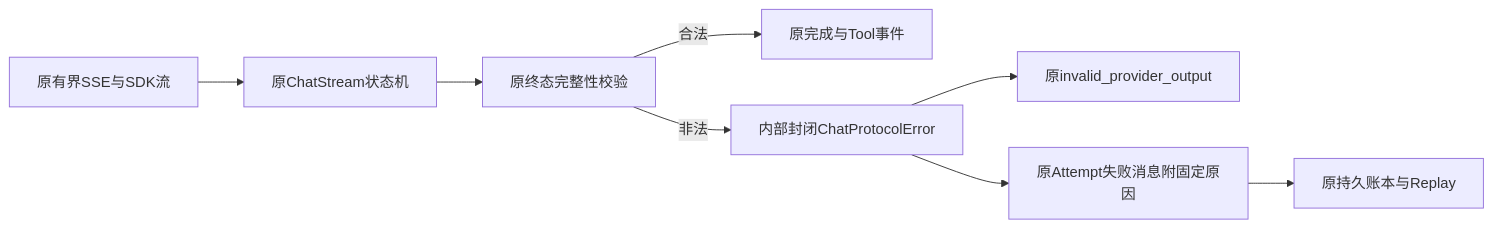
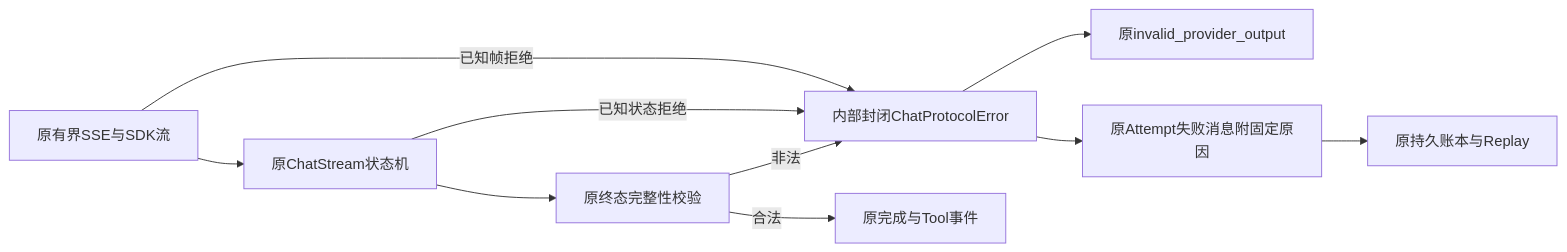
One commit to carrie1988/Harnessix changed the first of 3 diagrams in docs/changes/m09-r3-chat-terminal-diagnostics.md. Above: the diagram before and after it, drawn with Mermaid. The commit also changed other lines of this file and 6 other files, not shown here.

````diff
--- a/docs/changes/m09-r3-chat-terminal-diagnostics.md
+++ b/docs/changes/m09-r3-chat-terminal-diagnostics.md
@@ -42,10 +58,12 @@
 ```mermaid
 flowchart LR
     Stream[原有界SSE与SDK流] --> State[原ChatStream状态机]
+    Stream -->|已知帧拒绝| Reason[内部封闭ChatProtocolError]
+    State -->|已知状态拒绝| Reason
     State --> Terminal[原终态完整性校验]
     Terminal -->|合法| Complete[原完成与Tool事件]
-    Terminal -->|非法| Reason[内部封闭ChatProtocolError]
+    Terminal -->|非法| Reason
     Reason --> Failure[原invalid_provider_output]
     Reason --> Attempt[原Attempt失败消息附固定原因]
     Attempt --> Ledger[原持久账本与Replay]
 ```
````
